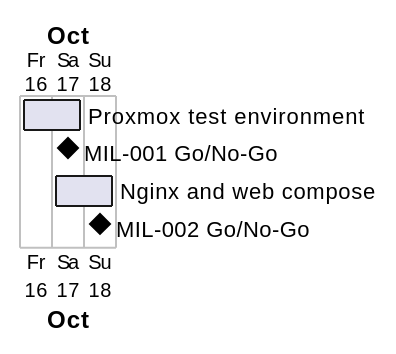
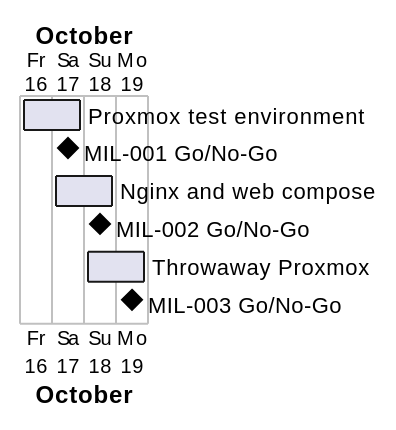
Before and after one commit to NF-Hotel/NFHotel: the diagram in docs/project-plan.md, drawn with PlantUML. The commit also changed other lines of this file and 15 other files, not shown here.

First line of the commit message:
Run the Proxmox tests against a throwaway Proxmox VE container

````diff
--- a/docs/project-plan.md
+++ b/docs/project-plan.md
@@ -38,9 +39,11 @@
 ```plantuml
 @startgantt
 Project starts 2026-10-16
 [Proxmox test environment] starts 2026-10-16 and ends 2026-10-17
 [MIL-001 Go/No-Go] happens 2026-10-17
 [Nginx and web compose] starts 2026-10-17 and ends 2026-10-18
 [MIL-002 Go/No-Go] happens 2026-10-18
+[Throwaway Proxmox] starts 2026-10-18 and ends 2026-10-19
+[MIL-003 Go/No-Go] happens 2026-10-19
 @endgantt
 ```
````
